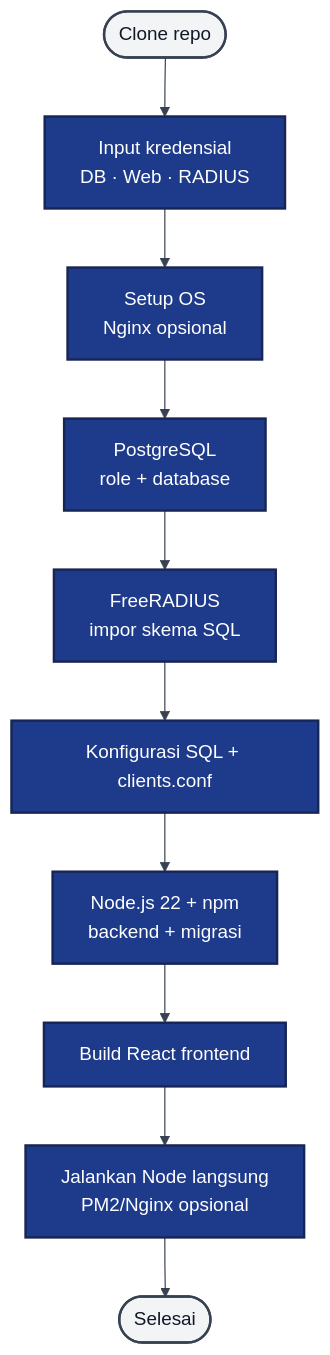
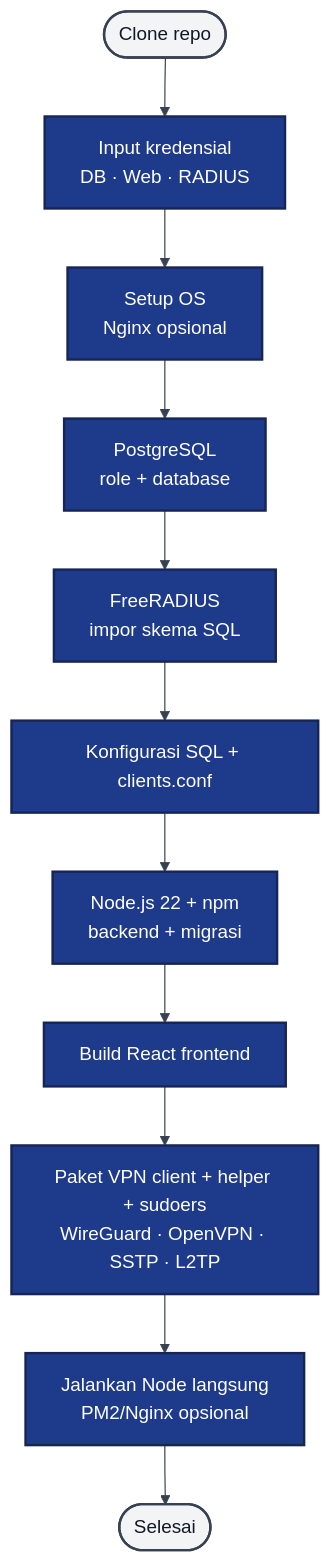
Before and after one commit to oriza23/billing: the second of 2 diagrams in README.md, drawn with Mermaid. The commit also changed other lines of this file and 9 other files, not shown here.

````diff
--- a/README.md
+++ b/README.md
@@ -169,19 +170,20 @@
 ```mermaid
 %%{init: {'theme':'base', 'themeVariables': { 'background': '#ffffff', 'lineColor': '#374151'}}}%%
 graph TD
   A([Clone repo]) --> B["Input kredensial\nDB · Web · RADIUS"]
   B --> C["Setup OS\nNginx opsional"]
   C --> D["PostgreSQL\nrole + database"]
   D --> E["FreeRADIUS\nimpor skema SQL"]
   E --> F["Konfigurasi SQL + clients.conf"]
   F --> G["Node.js 22 + npm\nbackend + migrasi"]
   G --> H["Build React frontend"]
-  H --> I["Jalankan Node langsung\nPM2/Nginx opsional"]
+  H --> V["Paket VPN client + helper + sudoers\nWireGuard · OpenVPN · SSTP · L2TP"]
+  V --> I["Jalankan Node langsung\nPM2/Nginx opsional"]
   I --> J([Selesai])
 
   classDef raniahApp fill:#1e3a8a,stroke:#172554,color:#ffffff,stroke-width:2px
   classDef raniahExt fill:#f3f4f6,stroke:#374151,color:#111827,stroke-width:2px
 
-  class B,C,D,E,F,G,H,I raniahApp
+  class B,C,D,E,F,G,H,V,I raniahApp
   class A,J raniahExt
 ```
````
